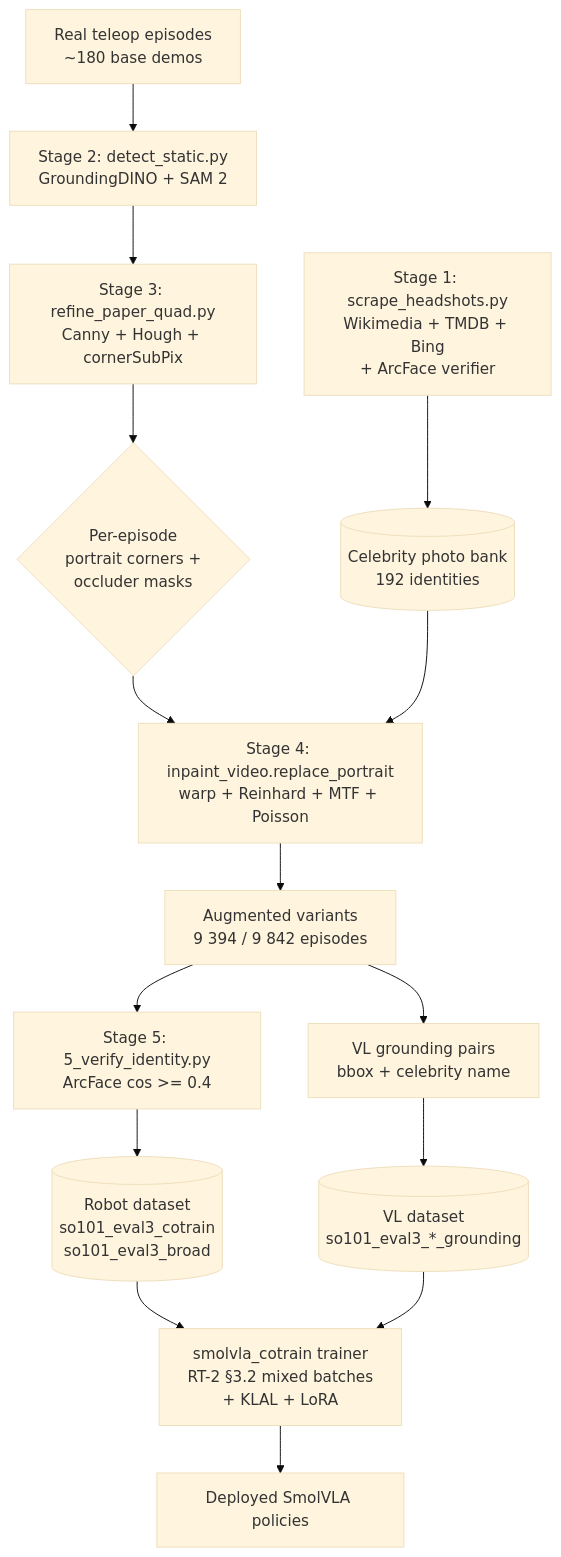
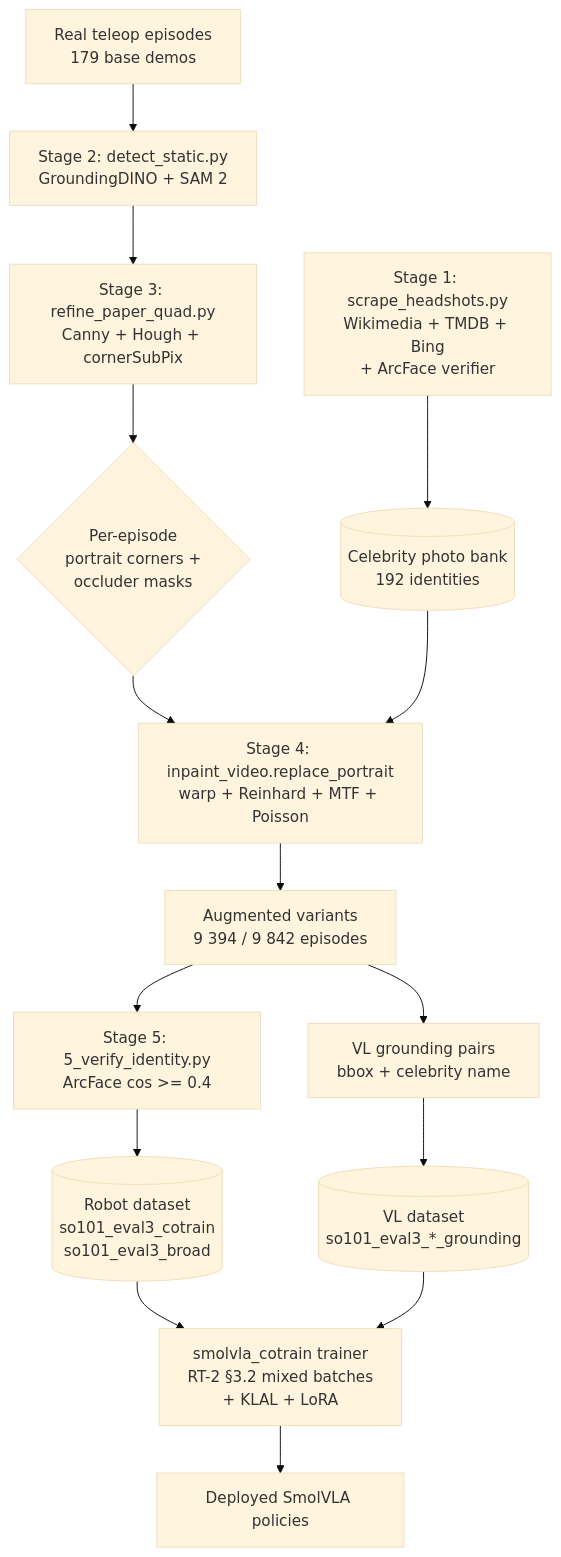
One commit to Ace3Z/LeMonkey changed the first of 4 diagrams in eval_3/aug/README.md. Above: the diagram before and after it, drawn with Mermaid (base theme). The commit also changed other lines of this file and 25 other files, not shown here.

````diff
--- a/eval_3/aug/README.md
+++ b/eval_3/aug/README.md
@@ -33,17 +33,17 @@
 ```mermaid
 flowchart TB
-    A[Real teleop episodes<br/>~180 base demos] --> B[Stage 2: detect_static.py<br/>GroundingDINO + SAM 2]
+    A[Real teleop episodes<br/>179 base demos] --> B[Stage 2: detect_static.py<br/>GroundingDINO + SAM 2]
     B --> C[Stage 3: refine_paper_quad.py<br/>Canny + Hough + cornerSubPix]
     C --> D{Per-episode<br/>portrait corners +<br/>occluder masks}
     M[Stage 1: scrape_headshots.py<br/>Wikimedia + TMDB + Bing<br/>+ ArcFace verifier] --> N[(Celebrity photo bank<br/>192 identities)]
     D --> E[Stage 4: inpaint_video.replace_portrait<br/>warp + Reinhard + MTF + Poisson]
     N --> E
     E --> F[Augmented variants<br/>9 394 / 9 842 episodes]
     F --> G[Stage 5: 5_verify_identity.py<br/>ArcFace cos &gt;= 0.4]
     G --> H[(Robot dataset<br/>so101_eval3_cotrain<br/>so101_eval3_broad)]
     F --> I[VL grounding pairs<br/>bbox + celebrity name]
     I --> J[(VL dataset<br/>so101_eval3_*_grounding)]
     H --> K[smolvla_cotrain trainer<br/>RT-2 §3.2 mixed batches<br/>+ KLAL + LoRA]
     J --> K
     K --> L[Deployed SmolVLA policies]
 ```
````
